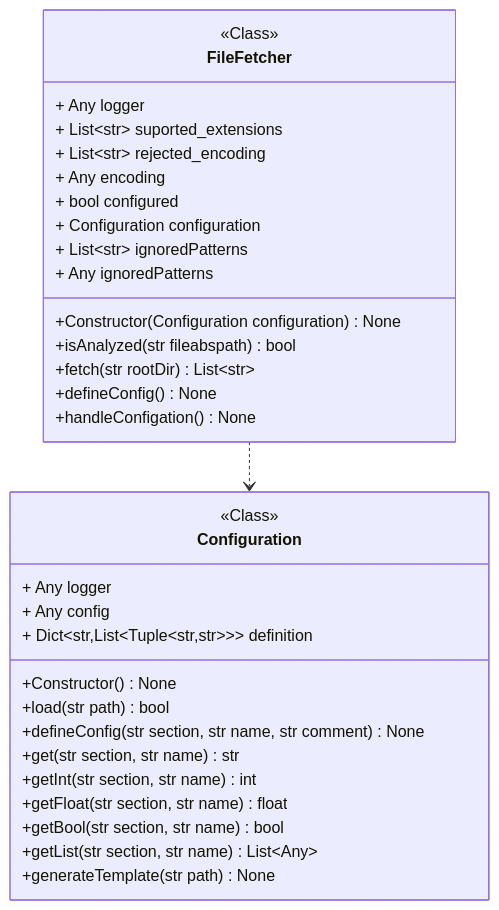
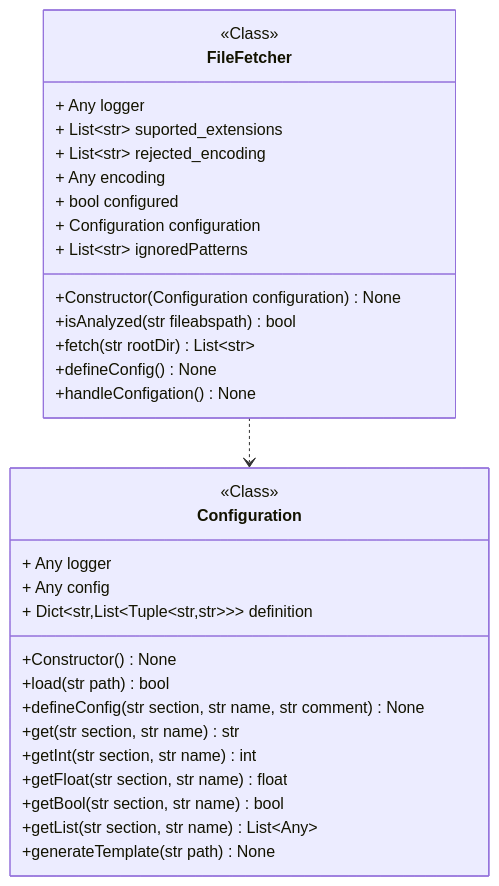
The diagram in docs/source/code/diagrams/pycodeanalyzer_core_filetree_filefetcher_FileFetcher.mmd (miong/pycodeanalyzer), drawn with Mermaid before and after one commit. The commit also changed 17 other files, not shown here.

```diff
--- a/docs/source/code/diagrams/pycodeanalyzer_core_filetree_filefetcher_FileFetcher.mmd
+++ b/docs/source/code/diagrams/pycodeanalyzer_core_filetree_filefetcher_FileFetcher.mmd
@@ -1,34 +1,33 @@
 classDiagram
 class FileFetcher {
 <<Class>>
 + Any logger
 + List~str~ suported_extensions
 + List~str~ rejected_encoding
 + Any encoding
 + bool configured
 + Configuration configuration
 + List~str~ ignoredPatterns
-+ Any ignoredPatterns
 +Constructor(Configuration configuration) None
 +isAnalyzed(str fileabspath) bool
 +fetch(str rootDir) List~str~
 +defineConfig() None
 +handleConfigation() None
 }
 class Configuration {
 <<Class>>
 + Any logger
 + Any config
 + Dict&lt;str,List&lt;Tuple&lt;str,str&gt;&gt;&gt; definition
 +Constructor() None
 +load(str path) bool
 +defineConfig(str section, str name, str comment) None
 +get(str section, str name) str
 +getInt(str section, str name) int
 +getFloat(str section, str name) float
 +getBool(str section, str name) bool
 +getList(str section, str name) List~Any~
 +generateTemplate(str path) None
 }
 link Configuration "class££pycodeanalyzer::core::configuration::configuration::Configuration"
 FileFetcher ..> Configuration
```
